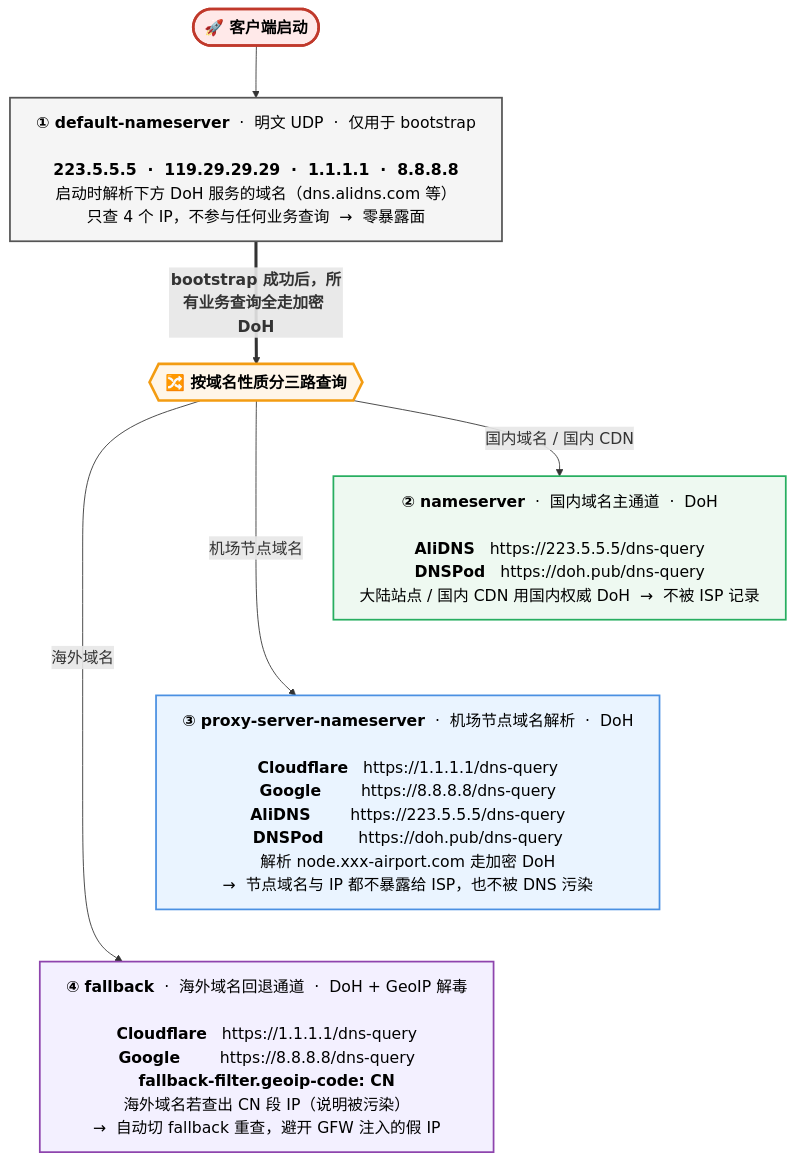
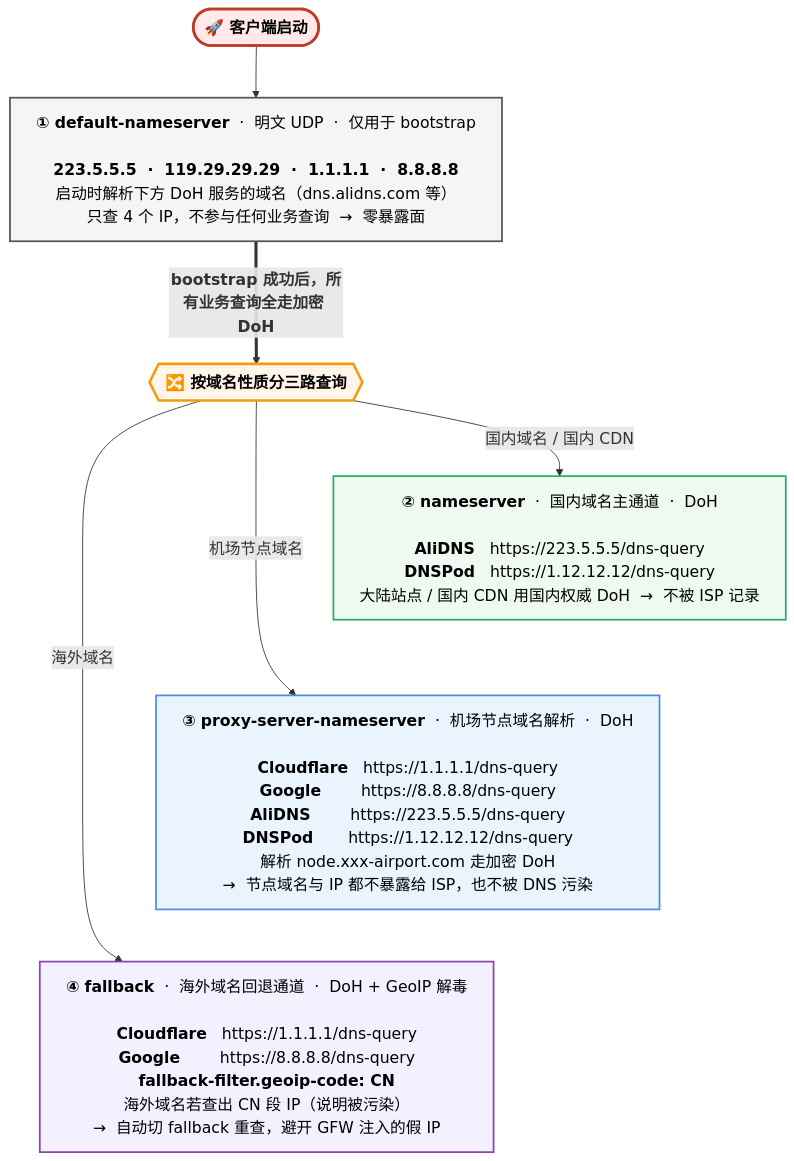
The third of 3 diagrams in README.md (IvanSolis1989/Clash), drawn with Mermaid before and after one commit. The commit also changed other lines of this file and 15 other files, not shown here.

First line of the commit message:
dns: 切换 DNSPod DoH 端点为纯 IP (https://1.12.12.12/dns-query)

````diff
--- a/README.md
+++ b/README.md
@@ -261,39 +261,39 @@
 ```mermaid
 ---
 config:
   flowchart:
     htmlLabels: true
     wrappingWidth: 1000
     nodeSpacing: 50
     rankSpacing: 60
   themeVariables:
     fontSize: 18px
 ---
 flowchart TB
     Start(["<b>🚀 客户端启动</b>"])
 
     L1["<b>① default-nameserver</b> &nbsp;·&nbsp; 明文 UDP &nbsp;·&nbsp; 仅用于 bootstrap<br/><br/><b>223.5.5.5 &nbsp;·&nbsp; 119.29.29.29 &nbsp;·&nbsp; 1.1.1.1 &nbsp;·&nbsp; 8.8.8.8</b><br/>启动时解析下方 DoH 服务的域名（dns.alidns.com 等）<br/>只查 4 个 IP，不参与任何业务查询 &nbsp;→&nbsp; 零暴露面"]
 
     Gate{{"<b>🔀 按域名性质分三路查询</b>"}}
 
-    L2["<b>② nameserver</b> &nbsp;·&nbsp; 国内域名主通道 &nbsp;·&nbsp; DoH<br/><br/><b>AliDNS</b> &nbsp; https://223.5.5.5/dns-query<br/><b>DNSPod</b> &nbsp; https://doh.pub/dns-query<br/>大陆站点 / 国内 CDN 用国内权威 DoH &nbsp;→&nbsp; 不被 ISP 记录"]
+    L2["<b>② nameserver</b> &nbsp;·&nbsp; 国内域名主通道 &nbsp;·&nbsp; DoH<br/><br/><b>AliDNS</b> &nbsp; https://223.5.5.5/dns-query<br/><b>DNSPod</b> &nbsp; https://1.12.12.12/dns-query<br/>大陆站点 / 国内 CDN 用国内权威 DoH &nbsp;→&nbsp; 不被 ISP 记录"]
 
-    L3["<b>③ proxy-server-nameserver</b> &nbsp;·&nbsp; 机场节点域名解析 &nbsp;·&nbsp; DoH<br/><br/><b>Cloudflare</b> &nbsp; https://1.1.1.1/dns-query<br/><b>Google</b> &nbsp;&nbsp;&nbsp;&nbsp;&nbsp;&nbsp; https://8.8.8.8/dns-query<br/><b>AliDNS</b> &nbsp;&nbsp;&nbsp;&nbsp;&nbsp;&nbsp; https://223.5.5.5/dns-query<br/><b>DNSPod</b> &nbsp;&nbsp;&nbsp;&nbsp;&nbsp; https://doh.pub/dns-query<br/>解析 node.xxx-airport.com 走加密 DoH<br/>→&nbsp; 节点域名与 IP 都不暴露给 ISP，也不被 DNS 污染"]
+    L3["<b>③ proxy-server-nameserver</b> &nbsp;·&nbsp; 机场节点域名解析 &nbsp;·&nbsp; DoH<br/><br/><b>Cloudflare</b> &nbsp; https://1.1.1.1/dns-query<br/><b>Google</b> &nbsp;&nbsp;&nbsp;&nbsp;&nbsp;&nbsp; https://8.8.8.8/dns-query<br/><b>AliDNS</b> &nbsp;&nbsp;&nbsp;&nbsp;&nbsp;&nbsp; https://223.5.5.5/dns-query<br/><b>DNSPod</b> &nbsp;&nbsp;&nbsp;&nbsp;&nbsp; https://1.12.12.12/dns-query<br/>解析 node.xxx-airport.com 走加密 DoH<br/>→&nbsp; 节点域名与 IP 都不暴露给 ISP，也不被 DNS 污染"]
 
     L4["<b>④ fallback</b> &nbsp;·&nbsp; 海外域名回退通道 &nbsp;·&nbsp; DoH + GeoIP 解毒<br/><br/><b>Cloudflare</b> &nbsp; https://1.1.1.1/dns-query<br/><b>Google</b> &nbsp;&nbsp;&nbsp;&nbsp;&nbsp;&nbsp; https://8.8.8.8/dns-query<br/><b>fallback-filter.geoip-code: CN</b><br/>海外域名若查出 CN 段 IP（说明被污染）<br/>→&nbsp; 自动切 fallback 重查，避开 GFW 注入的假 IP"]
 
     Start --> L1
     L1 ==>|"<b>bootstrap 成功后，所有业务查询全走加密 DoH</b>"| Gate
     Gate -->|"国内域名 / 国内 CDN"| L2
     Gate -->|"机场节点域名"| L3
     Gate -->|"海外域名"| L4
     L2 ~~~ L3
     L3 ~~~ L4
 
     style Start fill:#FFE9E9,stroke:#C0392B,stroke-width:3px,color:#000
     style L1 fill:#F5F5F5,stroke:#555,stroke-width:2px,color:#000
     style Gate fill:#FFF6E9,stroke:#F39C12,stroke-width:3px,color:#000
     style L2 fill:#EEF9F1,stroke:#27AE60,stroke-width:2px,color:#000
     style L3 fill:#EAF4FF,stroke:#4A90E2,stroke-width:2px,color:#000
     style L4 fill:#F3F0FF,stroke:#8E44AD,stroke-width:2px,color:#000
 ```
````
